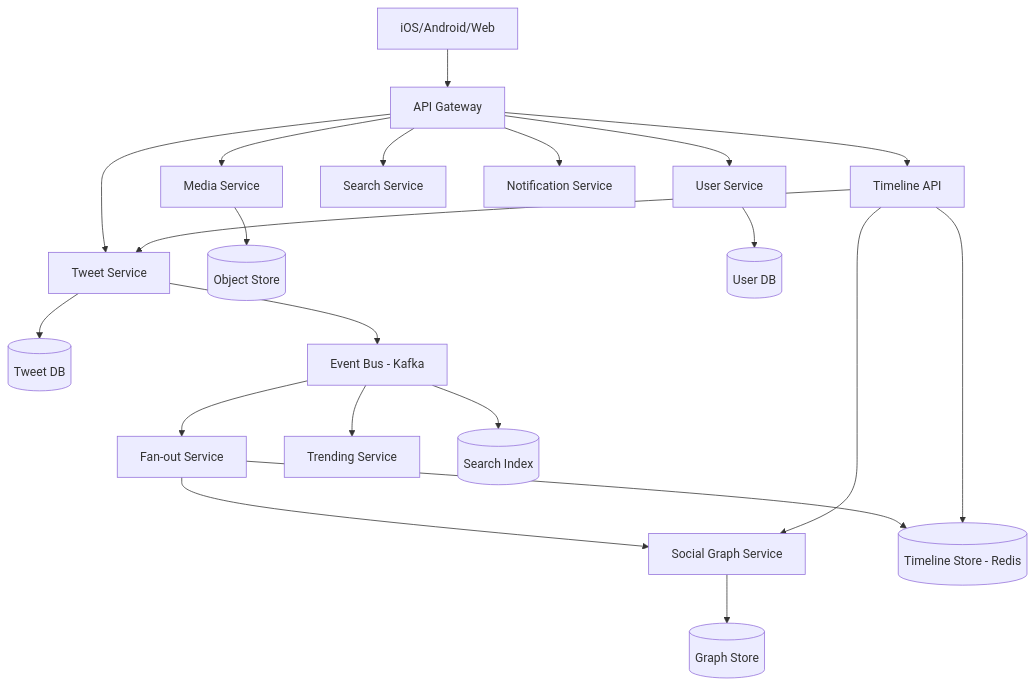
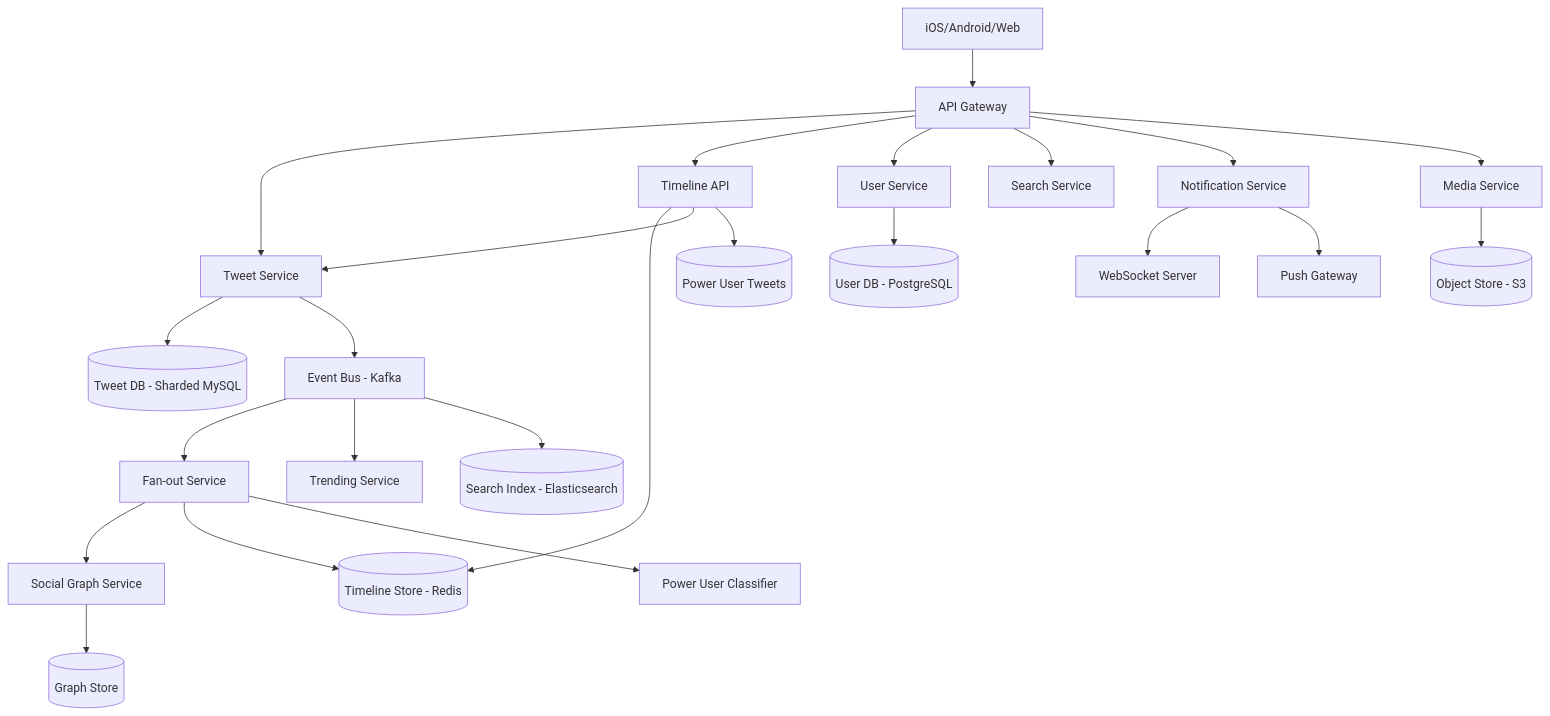
Before and after one commit to abhishekghoshh/system-design-helper: the first of 17 diagrams in docs/system-design/high-level/designing/advanced/twitter.md, drawn with Mermaid. The commit also changed other lines of this file and 107 other files, not shown here.

````diff
--- a/docs/system-design/high-level/designing/advanced/twitter.md
+++ b/docs/system-design/high-level/designing/advanced/twitter.md
@@ -264,23 +60,26 @@
 ```mermaid
 graph TD
-  Client[iOS/Android/Web] --> API[API Gateway]
-  API --> TweetSvc[Tweet Service]
-  API --> TimelineAPI[Timeline API]
-  API --> UserSvc[User Service]
-  API --> SearchSvc[Search Service]
-  API --> NotifySvc[Notification Service]
-  TweetSvc --> TweetDB[(Tweet DB)]
-  TweetSvc --> Bus[Event Bus - Kafka]
-  Bus --> Fanout[Fan-out Service]
-  Bus --> Trending[Trending Service]
-  Bus --> SearchIdx[(Search Index)]
-  Fanout --> GraphSvc[Social Graph Service]
-  GraphSvc --> GraphDB[(Graph Store)]
-  Fanout --> TimelineStore[(Timeline Store - Redis)]
-  TimelineAPI --> TimelineStore
-  TimelineAPI --> TweetSvc
-  TimelineAPI --> GraphSvc
-  API --> MediaSvc[Media Service]
-  MediaSvc --> ObjStore[(Object Store)]
-  UserSvc --> UserDB[(User DB)]
+    Client[iOS/Android/Web] --> API[API Gateway]
+    API --> TweetSvc[Tweet Service]
+    API --> TimelineAPI[Timeline API]
+    API --> UserSvc[User Service]
+    API --> SearchSvc[Search Service]
+    API --> NotifySvc[Notification Service]
+    TweetSvc --> TweetDB[(Tweet DB - Sharded MySQL)]
+    TweetSvc --> Bus[Event Bus - Kafka]
+    Bus --> Fanout[Fan-out Service]
+    Bus --> Trending[Trending Service]
+    Bus --> SearchIdx[(Search Index - Elasticsearch)]
+    Fanout --> GraphSvc[Social Graph Service]
+    GraphSvc --> GraphDB[(Graph Store)]
+    Fanout --> TimelineStore[(Timeline Store - Redis)]
+    TimelineAPI --> TimelineStore
+    TimelineAPI --> TweetSvc
+    TimelineAPI --> PowerStore[(Power User Tweets)]
+    Fanout --> PowerClassifier[Power User Classifier]
+    API --> MediaSvc[Media Service]
+    MediaSvc --> ObjStore[(Object Store - S3)]
+    UserSvc --> UserDB[(User DB - PostgreSQL)]
+    NotifySvc --> WS[WebSocket Server]
+    NotifySvc --> Push[Push Gateway]
 ```
````
